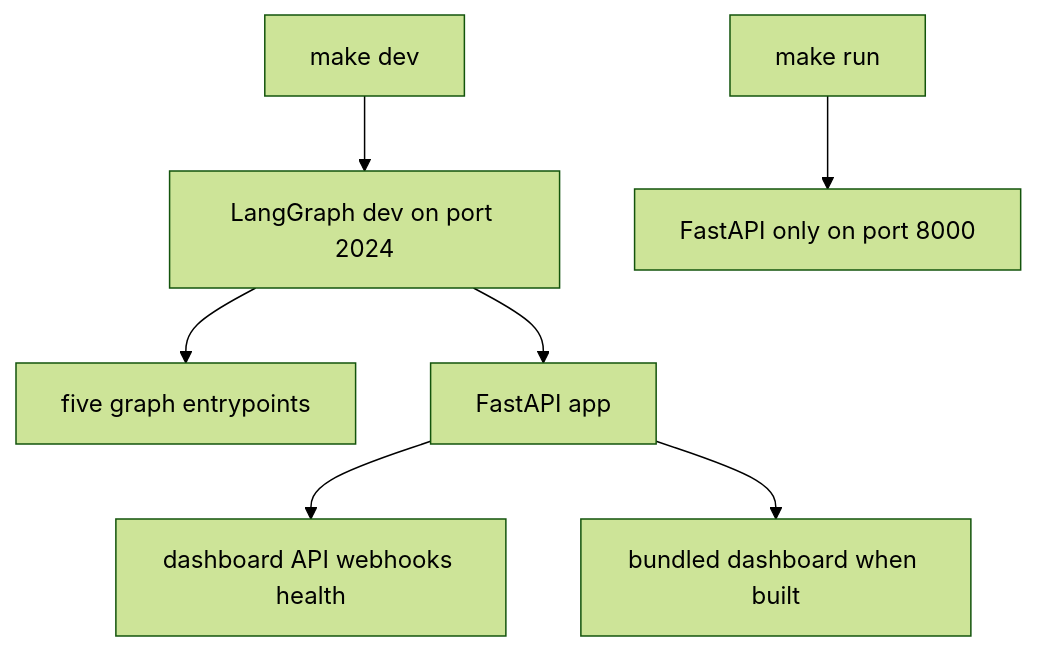
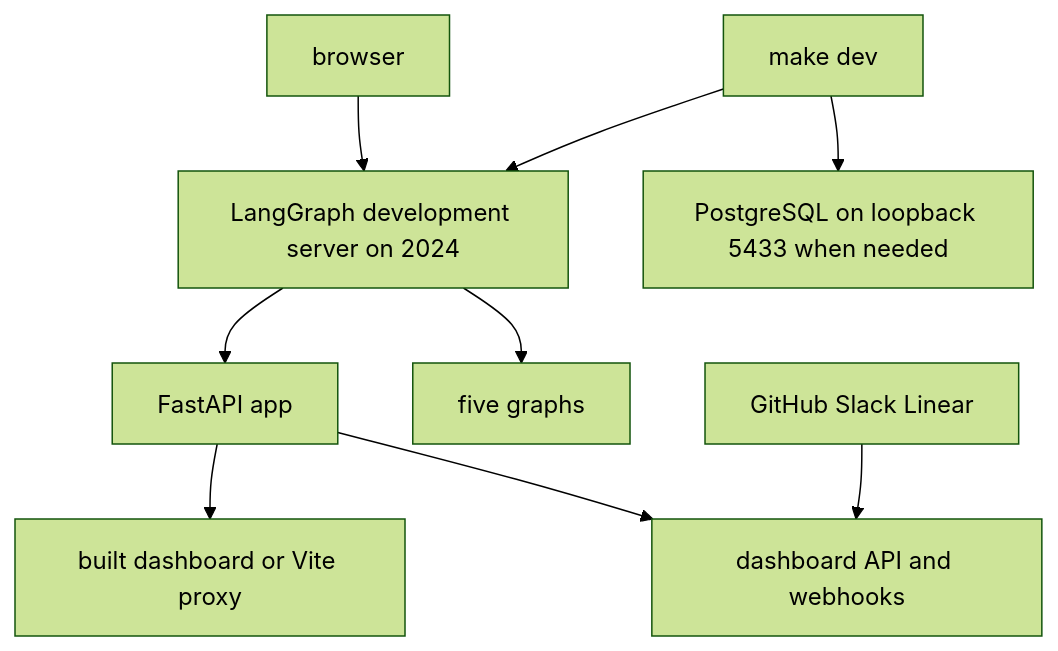
One commit to langchain-ai/open-swe changed the diagram in openwiki/operations/deployment.md. Above: the diagram before and after it, drawn with Mermaid (forest theme). The commit also changed other lines of this file and 59 other files, not shown here.

````diff
--- a/openwiki/operations/deployment.md
+++ b/openwiki/operations/deployment.md
@@ -88,9 +69,11 @@
 ```mermaid
 flowchart TD
-  Full["make dev"] --> LG["LangGraph dev on port 2024"]
-  LG --> Graphs["five graph entrypoints"]
-  LG --> API["FastAPI app"]
-  API --> Routes["dashboard API webhooks health"]
-  API --> UI["bundled dashboard when built"]
-  HTTP["make run"] --> Uvicorn["FastAPI only on port 8000"]
+  Dev["make dev"] --> Pg["PostgreSQL on loopback 5433 when needed"]
+  Dev --> Runtime["LangGraph development server on 2024"]
+  Runtime --> Graphs["five graphs"]
+  Runtime --> App["FastAPI app"]
+  App --> Api["dashboard API and webhooks"]
+  App --> Ui["built dashboard or Vite proxy"]
+  Browser["browser"] --> Runtime
+  Providers["GitHub Slack Linear"] --> Api
 ```
````
